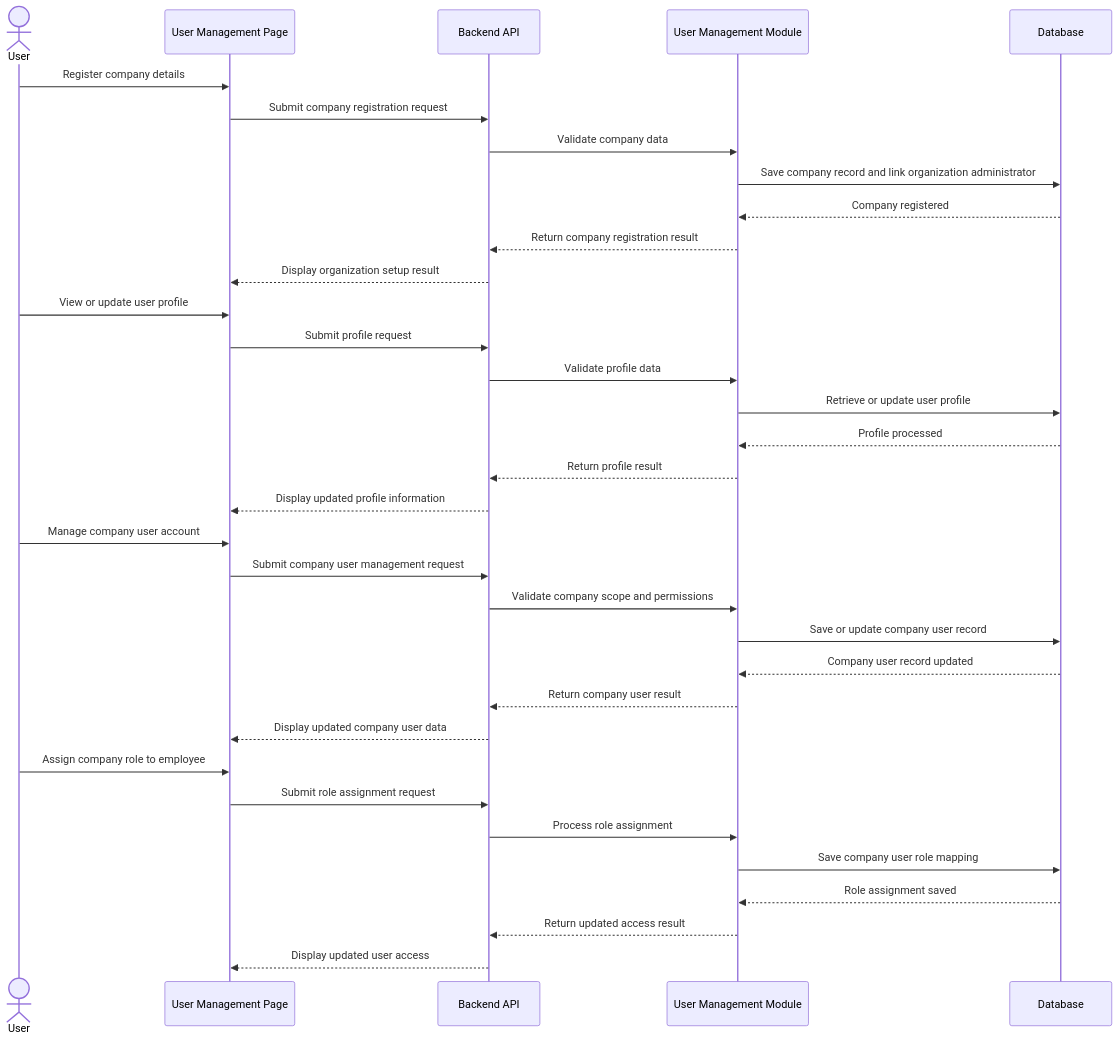
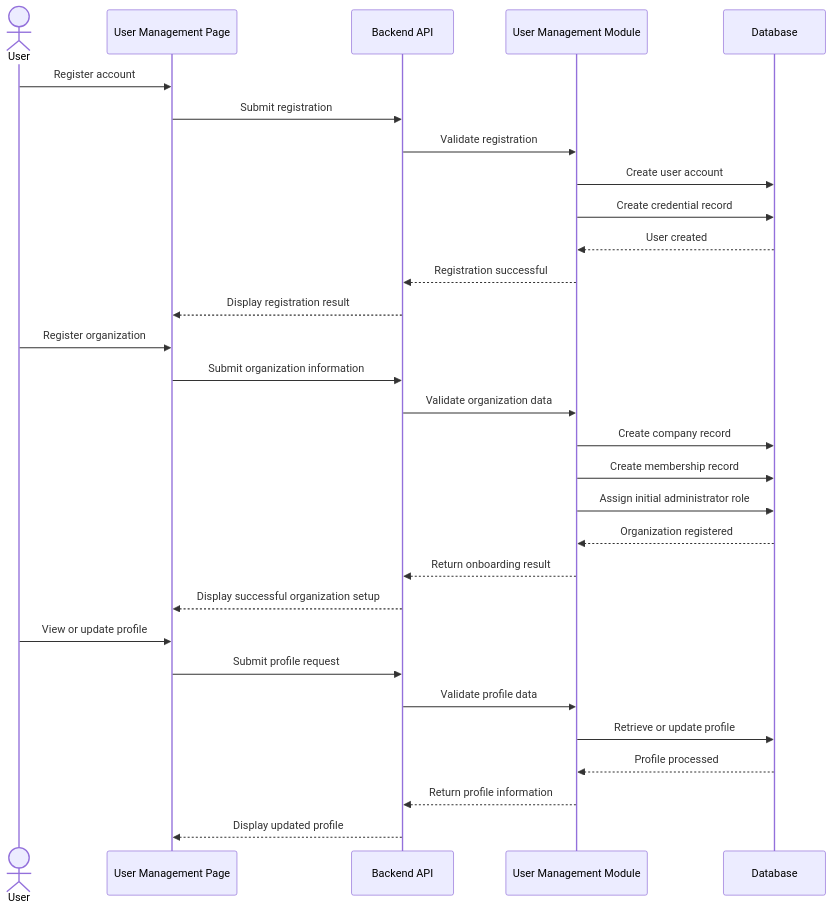
The second of 12 diagrams in docs/architecture/Low_Level_Design.md (Wiii-1/New_LINAW), drawn with Mermaid before and after one commit. The commit also changed other lines of this file and 1 other file, not shown here.

Commit message:
docs: update changes on lld and api designs

````diff
--- a/docs/architecture/Low_Level_Design.md
+++ b/docs/architecture/Low_Level_Design.md
@@ -478,40 +422,35 @@
 ```mermaid
 sequenceDiagram
     actor User
     participant UI as User Management Page
     participant API as Backend API
     participant UM as User Management Module
     participant DB as Database
 
-    User->>UI: Register company details
-    UI->>API: Submit company registration request
-    API->>UM: Validate company data
-    UM->>DB: Save company record and link organization administrator
-    DB-->>UM: Company registered
-    UM-->>API: Return company registration result
-    API-->>UI: Display organization setup result
+    User->>UI: Register account
+    UI->>API: Submit registration
+    API->>UM: Validate registration
+    UM->>DB: Create user account
+    UM->>DB: Create credential record
+    DB-->>UM: User created
+    UM-->>API: Registration successful
+    API-->>UI: Display registration result
 
-    User->>UI: View or update user profile
+    User->>UI: Register organization
+    UI->>API: Submit organization information
+    API->>UM: Validate organization data
+    UM->>DB: Create company record
+    UM->>DB: Create membership record
+    UM->>DB: Assign initial administrator role
+    DB-->>UM: Organization registered
+    UM-->>API: Return onboarding result
+    API-->>UI: Display successful organization setup
+
+    User->>UI: View or update profile
     UI->>API: Submit profile request
     API->>UM: Validate profile data
-    UM->>DB: Retrieve or update user profile
+    UM->>DB: Retrieve or update profile
     DB-->>UM: Profile processed
-    UM-->>API: Return profile result
-    API-->>UI: Display updated profile information
-
-    User->>UI: Manage company user account
-    UI->>API: Submit company user management request
-    API->>UM: Validate company scope and permissions
-    UM->>DB: Save or update company user record
-    DB-->>UM: Company user record updated
-    UM-->>API: Return company user result
-    API-->>UI: Display updated company user data
-
-    User->>UI: Assign company role to employee
-    UI->>API: Submit role assignment request
-    API->>UM: Process role assignment
-    UM->>DB: Save company user role mapping
-    DB-->>UM: Role assignment saved
-    UM-->>API: Return updated access result
-    API-->>UI: Display updated user access
+    UM-->>API: Return profile information
+    API-->>UI: Display updated profile
 ```
````
